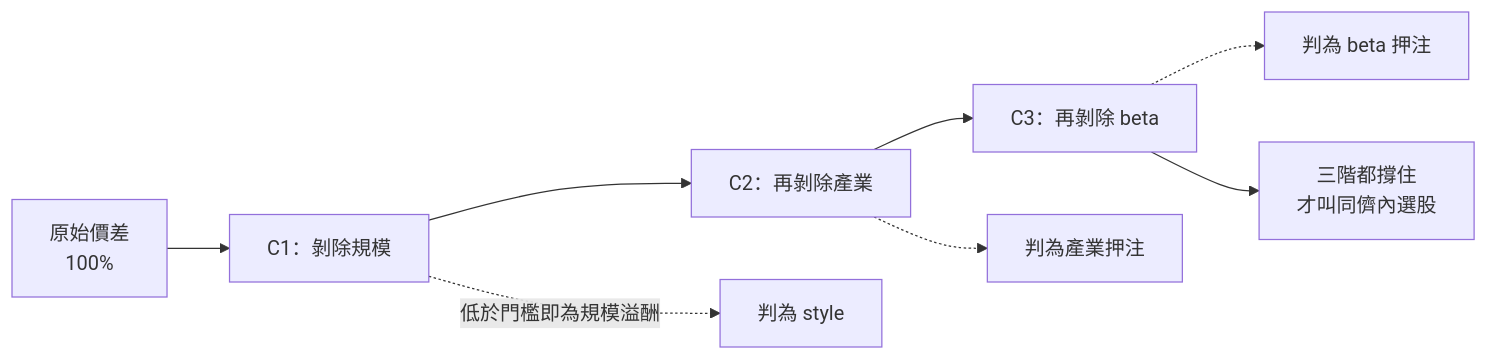
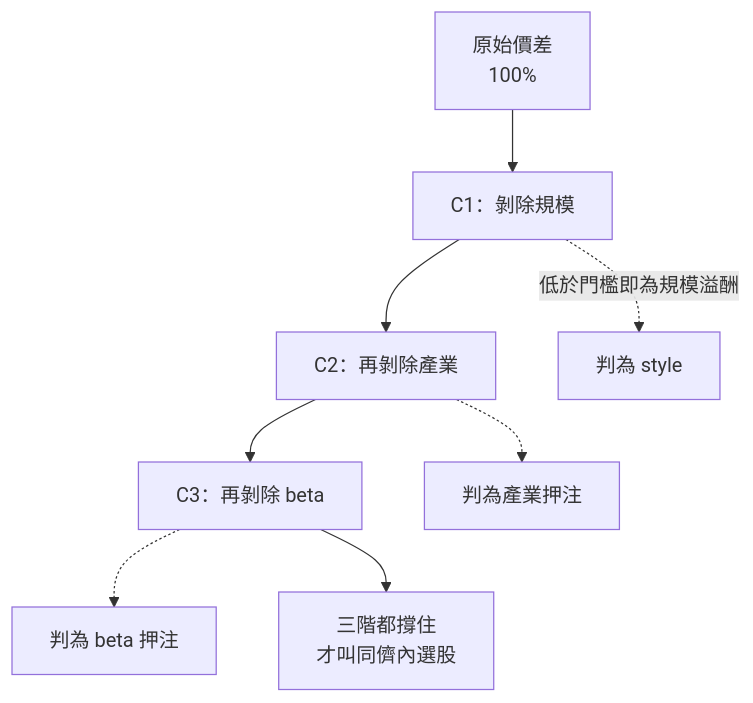
One commit to HaoweiChan/HaoweiChan.github.io changed the second of 2 diagrams in src/content/blog/zh-tw/factor-research-internal-controls.md. Above: the diagram before and after it, drawn with Mermaid. The commit also changed 7 other files, not shown here.

First line of the commit message:
refactor(blog): narrow every diagram to fit the column, drop a duplicate

````diff
--- a/src/content/blog/zh-tw/factor-research-internal-controls.md
+++ b/src/content/blog/zh-tw/factor-research-internal-controls.md
@@ -126,10 +126,10 @@
 ```mermaid
-flowchart LR
+flowchart TD
     R[原始價差<br/>100%] --> C1[C1：剝除規模]
     C1 --> C2[C2：再剝除產業]
     C2 --> C3[C3：再剝除 beta]
     C1 -.低於門檻即為規模溢酬.-> S1[判為 style]
     C2 -.-> S2[判為產業押注]
     C3 -.-> S3[判為 beta 押注]
     C3 --> A[三階都撐住<br/>才叫同儕內選股]
 ```
````
